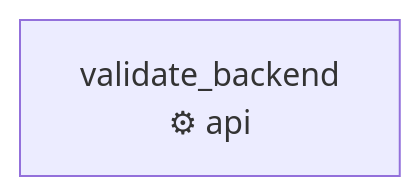
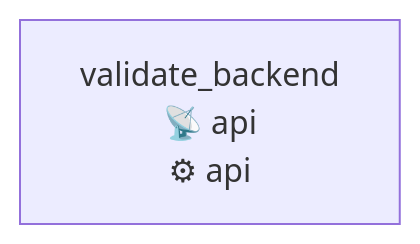
Before and after one commit to jeffersonmachado/r-agent2: the diagram in docs/diagrams/qa-waves/journey-core-booking_flow-precond_booking_flow_notification_service_active.md, drawn with Mermaid. The commit also changed other lines of this file and 74 other files, not shown here.

First line of the commit message:
docs(qa-waves): roteiros de jornada + diagramas + status de plataforma

````diff
--- a/docs/diagrams/qa-waves/journey-core-booking_flow-precond_booking_flow_notification_service_active.md
+++ b/docs/diagrams/qa-waves/journey-core-booking_flow-precond_booking_flow_notification_service_active.md
@@ -5,5 +5,5 @@
 ```mermaid
 flowchart LR
-    step_precond_notification_service_active_1["validate_backend\n⚙ api"]
+    step_precond_notification_service_active_1["validate_backend\n📡 api\n⚙ api"]
 
 ```
````
